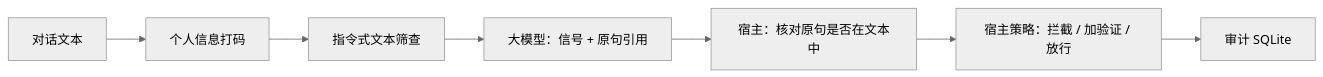
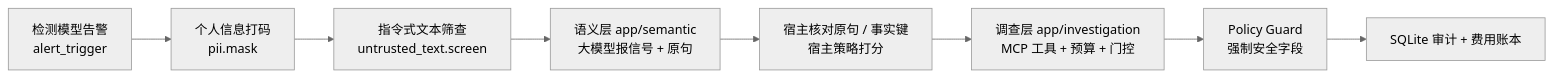
The diagram in README.md (wwc76934-cyber/riskcase-agent), drawn with Mermaid (neutral theme) before and after one commit. The commit also changed other lines of this file and 47 other files, not shown here.

````diff
--- a/README.md
+++ b/README.md
@@ -19,9 +17,10 @@
 ```mermaid
 flowchart LR
-  A[对话文本] --> B[个人信息打码]
-  B --> C[指令式文本筛查]
-  C --> D[大模型：信号 + 原句引用]
-  D --> E[宿主：核对原句是否在文本中]
-  E --> F[宿主策略：拦截 / 加验证 / 放行]
-  F --> G[审计 SQLite]
+  A[检测模型告警<br/>alert_trigger] --> B[个人信息打码<br/>pii.mask]
+  B --> C[指令式文本筛查<br/>untrusted_text.screen]
+  C --> D[语义层 app/semantic<br/>大模型报信号 + 原句]
+  D --> E[宿主核对原句 / 事实键<br/>宿主策略打分]
+  E --> F[调查层 app/investigation<br/>MCP 工具 + 预算 + 门控]
+  F --> G[Policy Guard<br/>强制安全字段]
+  G --> H[SQLite 审计 + 费用账本]
 ```
````
